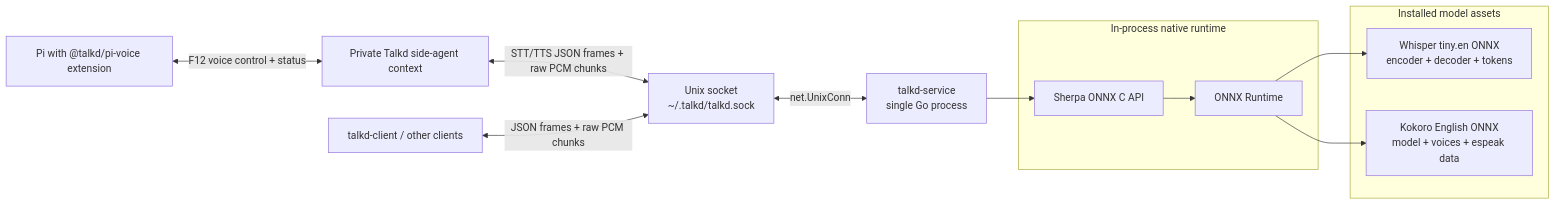
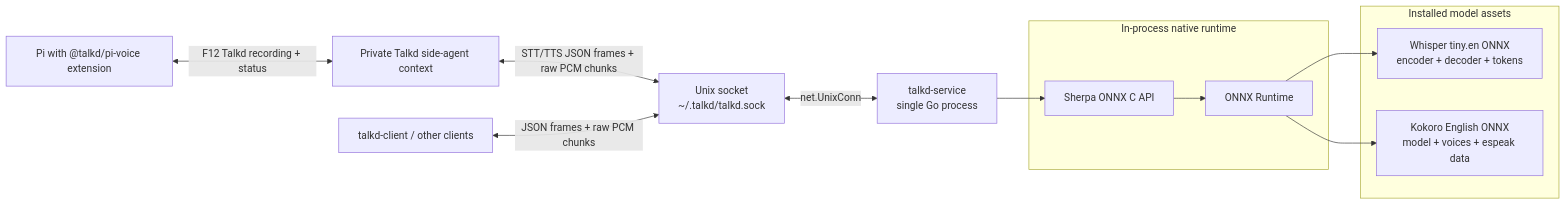
The diagram in README.md (kloudlite/talkd), drawn with Mermaid before and after one commit. The commit also changed other lines of this file and 5 other files, not shown here.

Commit message:
Improve Talkd F12 recording behavior

````diff
--- a/README.md
+++ b/README.md
@@ -15,27 +15,27 @@
 ```mermaid
 flowchart LR
   Pi[Pi with @talkd/pi-voice extension]
   VoiceAgent[Private Talkd side-agent context]
   CLI[talkd-client / other clients]
   Sock[Unix socket\n~/.talkd/talkd.sock]
   Service[talkd-service\nsingle Go process]
 
   subgraph Runtime[In-process native runtime]
     Sherpa[Sherpa ONNX C API]
     ORT[ONNX Runtime]
   end
 
   subgraph Models[Installed model assets]
     Whisper[Whisper tiny.en ONNX\nencoder + decoder + tokens]
     Kokoro[Kokoro English ONNX\nmodel + voices + espeak data]
   end
 
-  Pi <-->|F12 voice control + status| VoiceAgent
+  Pi <-->|F12 Talkd recording + status| VoiceAgent
   VoiceAgent <-->|STT/TTS JSON frames + raw PCM chunks| Sock
   CLI <-->|JSON frames + raw PCM chunks| Sock
   Sock <-->|net.UnixConn| Service
   Service --> Sherpa
   Sherpa --> ORT
   ORT --> Whisper
   ORT --> Kokoro
 ```
````
